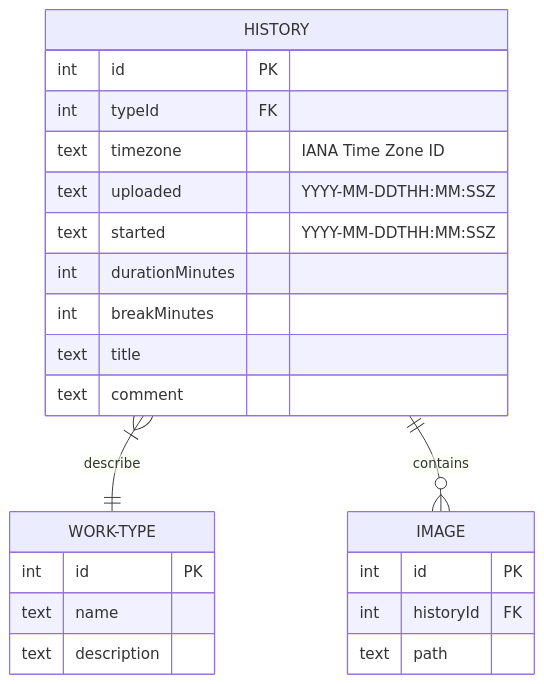
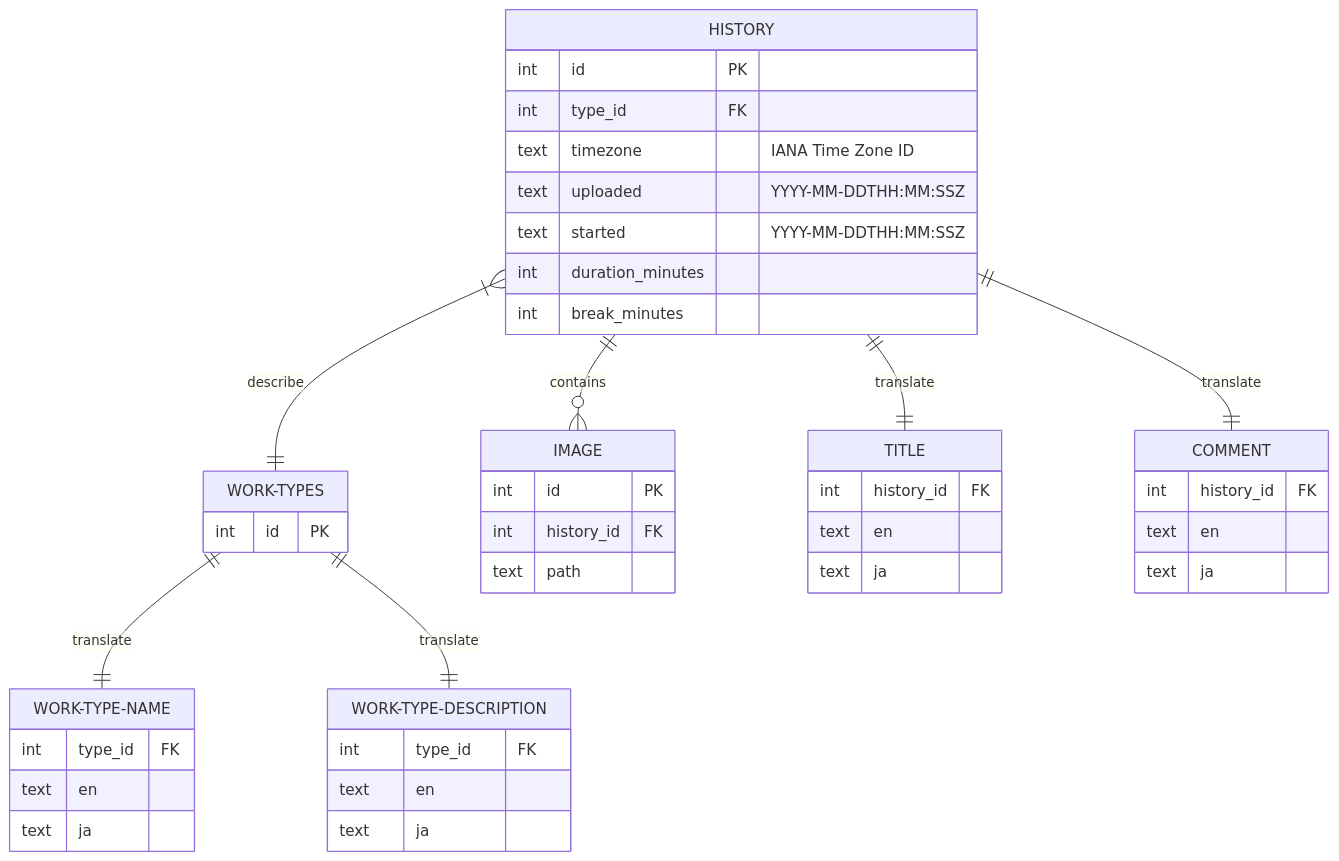
The diagram in assets/documents/database.md (kor7211/coco-work-tracker), drawn with Mermaid before and after one commit. The commit also changed 3 other files, not shown here.

````diff
--- a/assets/documents/database.md
+++ b/assets/documents/database.md
@@ -1,28 +1,52 @@
 ```mermaid
 erDiagram
-    HISTORY }|--|| WORK-TYPE : describe
+    HISTORY }|--|| WORK-TYPES : describe
     HISTORY ||--o{ IMAGE : contains
+    HISTORY ||--|| TITLE : translate
+    HISTORY ||--|| COMMENT : translate
     HISTORY {
         int id PK
-        int typeId FK
+        int type_id FK
         text timezone "IANA Time Zone ID"
         text uploaded "YYYY-MM-DDTHH:MM:SSZ"
         text started "YYYY-MM-DDTHH:MM:SSZ"
-        int durationMinutes
-        int breakMinutes
-        text title
-        text comment
+        int duration_minutes
+        int break_minutes
+    }
+
+    TITLE {
+        int history_id FK
+        text en
+        text ja
+    }
+
+    COMMENT {
+        int history_id FK
+        text en
+        text ja
     }
 
     IMAGE {
         int id PK
-        int historyId FK
+        int history_id FK
         text path
     }
     
-    WORK-TYPE {
+    WORK-TYPES ||--|| WORK-TYPE-NAME: translate
+    WORK-TYPES ||--|| WORK-TYPE-DESCRIPTION: translate
+    WORK-TYPES {
         int id PK
-        text name
-        text description
+    }
+
+    WORK-TYPE-NAME {
+        int type_id FK
+        text en
+        text ja
+    }
+
+    WORK-TYPE-DESCRIPTION {
+        int type_id FK
+        text en
+        text ja
     }
 ```
````
